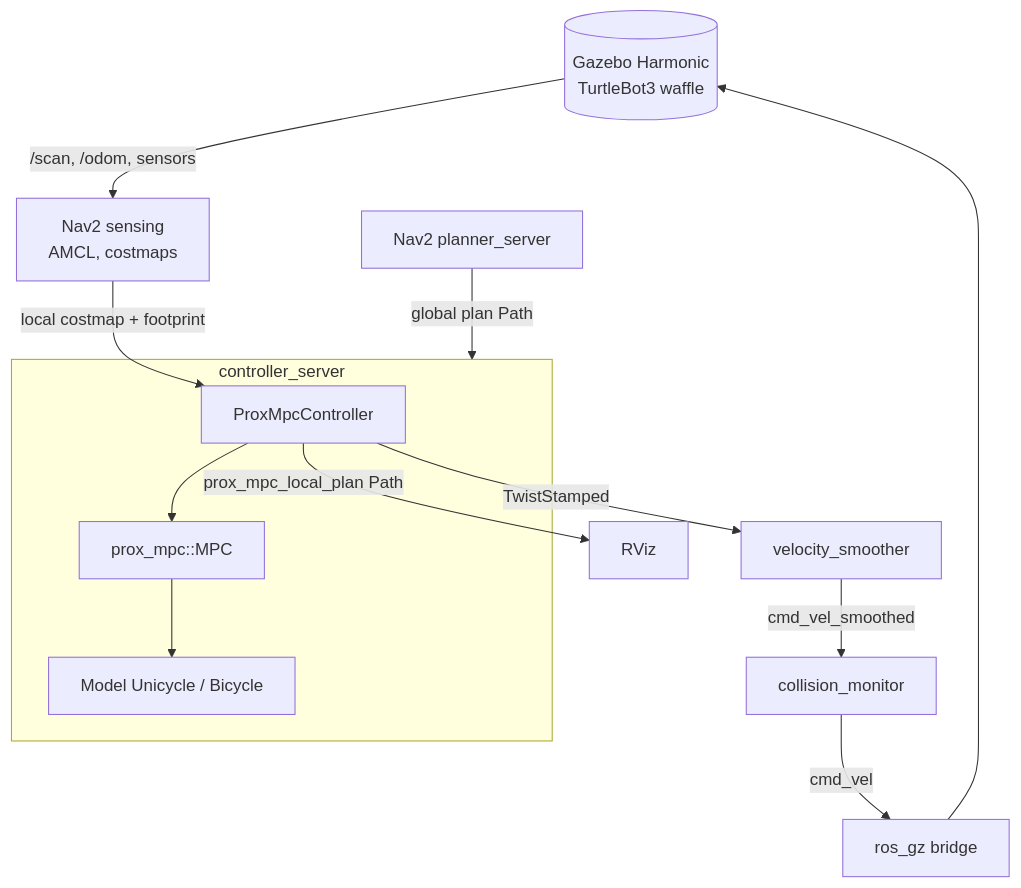
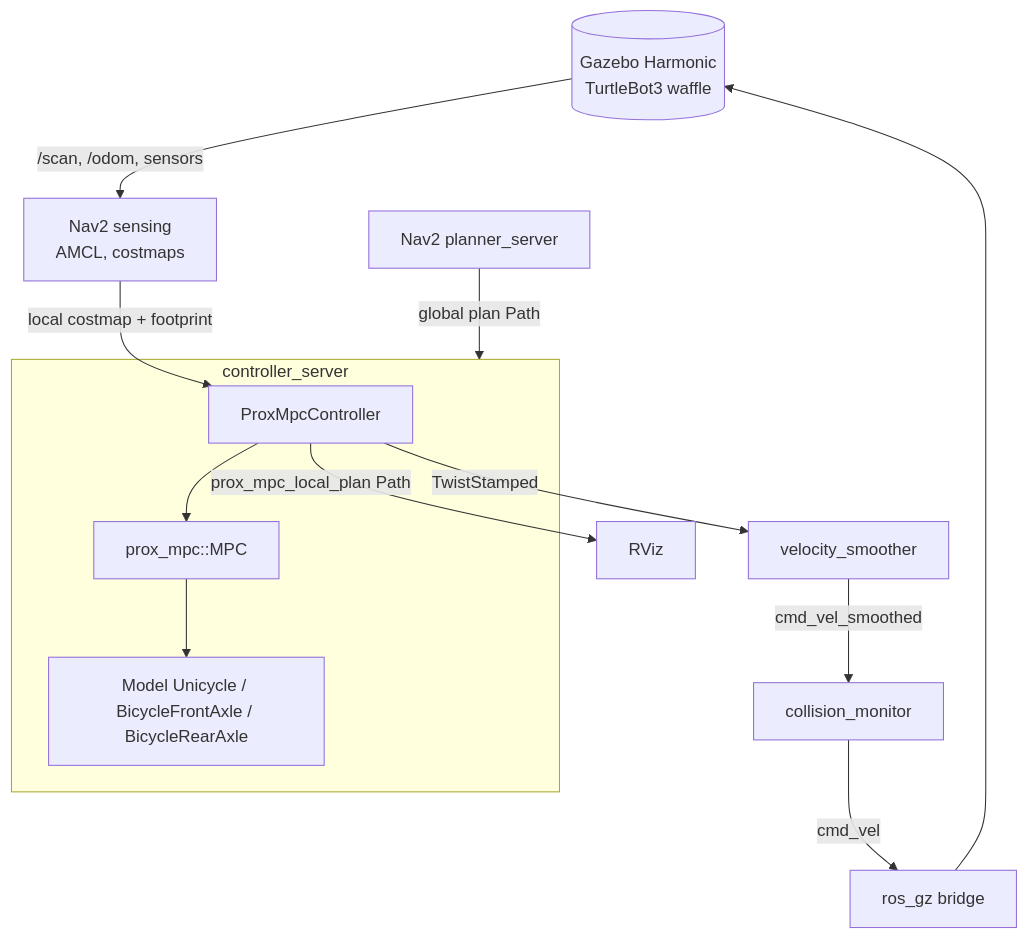
One commit to simone-contorno/prox_mpc changed the third of 4 diagrams in doc/architecture.md. Above: the diagram before and after it, drawn with Mermaid. The commit also changed other lines of this file and 2 other files, not shown here.

First line of the commit message:
docs(core): qualify model genericity and rename the bicycle plugins

````diff
--- a/doc/architecture.md
+++ b/doc/architecture.md
@@ -103,19 +105,19 @@
 ```mermaid
 flowchart TD
   gz[(Gazebo Harmonic<br/>TurtleBot3 waffle)]
   gz -- /scan, /odom, sensors --> nav2sense[Nav2 sensing<br/>AMCL, costmaps]
   planner[Nav2 planner_server] -- global plan Path --> cs
 
   subgraph cs[controller_server]
     ctrl[ProxMpcController]
     ctrl --> mpc[prox_mpc::MPC]
-    mpc --> model[Model Unicycle / Bicycle]
+    mpc --> model[Model Unicycle / BicycleFrontAxle / BicycleRearAxle]
   end
 
   nav2sense -- local costmap + footprint --> ctrl
   ctrl -- prox_mpc_local_plan Path --> rviz[RViz]
   ctrl -- TwistStamped --> smoother[velocity_smoother]
   smoother -- cmd_vel_smoothed --> mon[collision_monitor]
   mon -- cmd_vel --> bridge[ros_gz bridge]
   bridge --> gz
 ```
````
